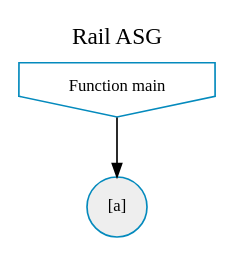
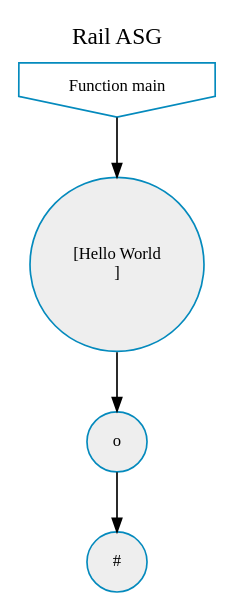
One commit to ccebinger/SWPSoSe14 changed the diagram in projekt-compiler/io/graphviz.dot. Above: the diagram before and after it, drawn with Graphviz. The commit also changed 2 other files, not shown here.

```diff
--- a/projekt-compiler/io/graphviz.dot
+++ b/projekt-compiler/io/graphviz.dot
@@ -1,11 +1,15 @@
 digraph G {
 	node [shape="circle",fontname=Courir,fontsize=10,style=filled,penwidth=1,fillcolor="#EEEEEE",color="#048ABD"]
 	edge [color="#000000", arrowsize="0.8", fontsize=10, decorate=true]
 	labelloc="t";
 	label="Rail ASG";
 	rankdir="TL";
 
 	funcmain [shape="invhouse",fillcolor="none",label="Function main"]
 	funcmain -> 1
-	1 [label="[a]"]
+	1 [label="[Hello World\n\]"]
+	1 -> 2
+	2 [label="o"]
+	2 -> 3
+	3 [label="#"]
 }
```
